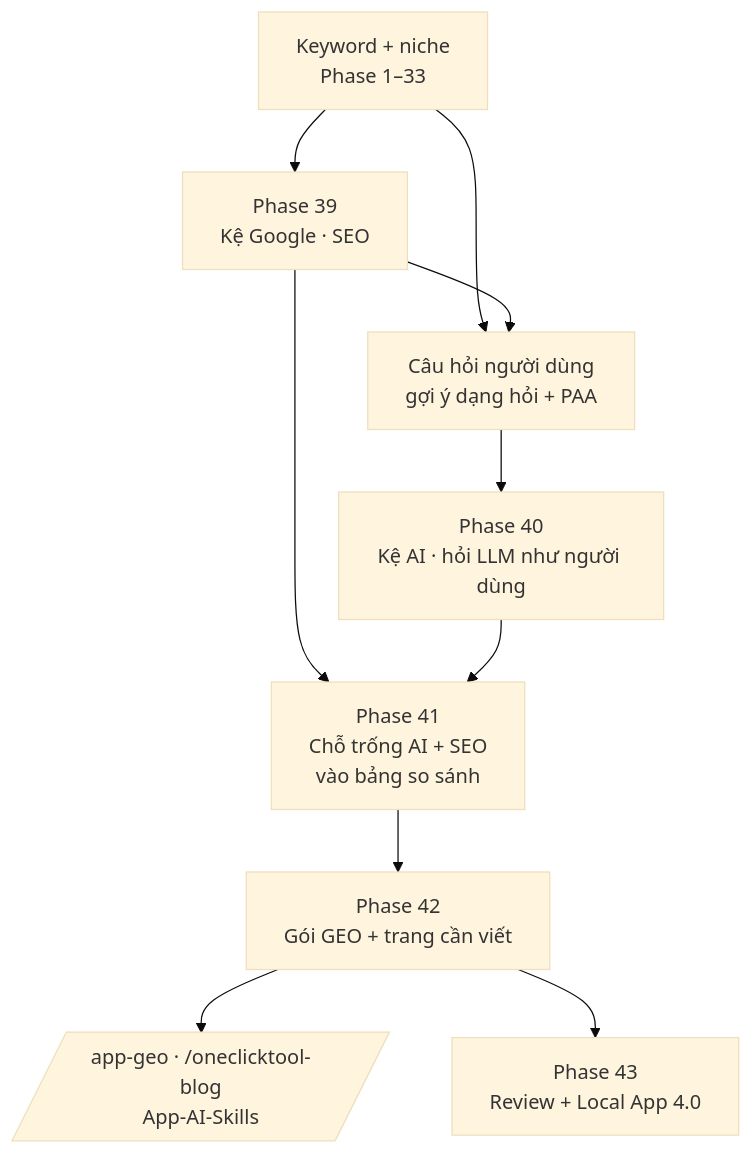
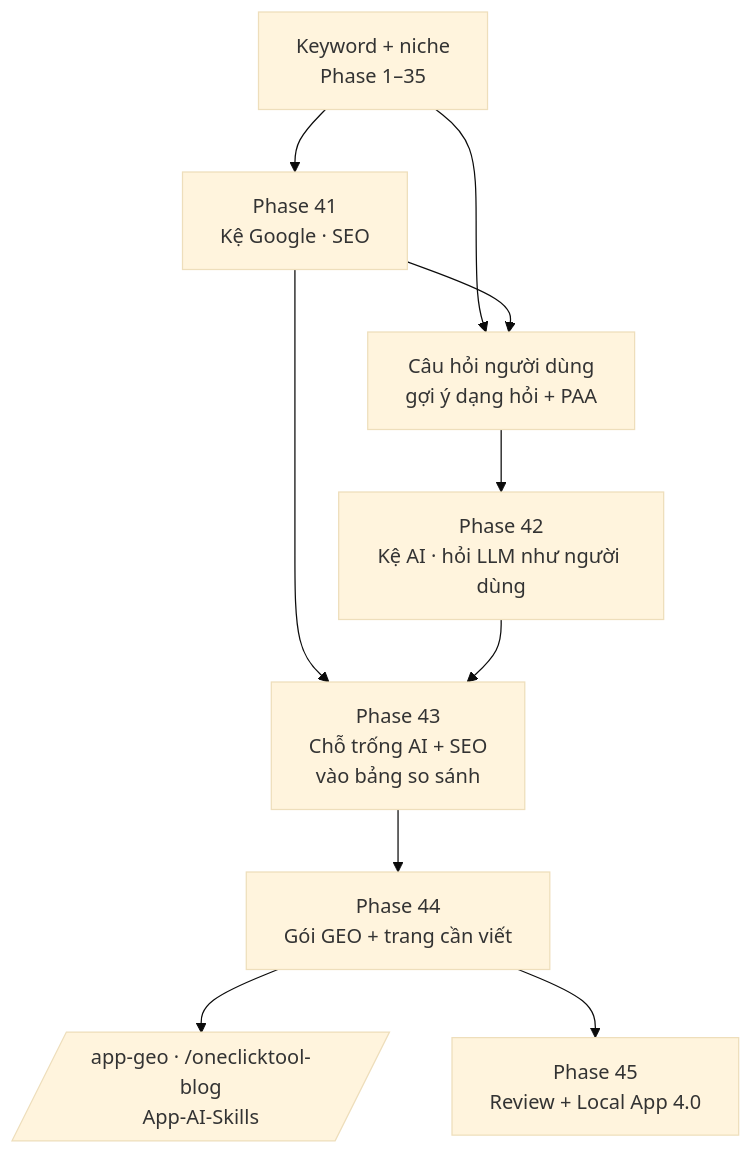
Before and after one commit to nvminhtu/niche-radar-docs: the diagram in docs/web/version-4.md, drawn with Mermaid (base theme). The commit also changed other lines of this file and 298 other files, not shown here.

````diff
--- a/docs/web/version-4.md
+++ b/docs/web/version-4.md
@@ -27,11 +27,11 @@
 ```mermaid
 flowchart TB
-  K[Keyword + niche<br/>Phase 1–33] --> S[Phase 39<br/>Kệ Google · SEO]
+  K[Keyword + niche<br/>Phase 1–35] --> S[Phase 41<br/>Kệ Google · SEO]
   K --> Q[Câu hỏi người dùng<br/>gợi ý dạng hỏi + PAA]
   S --> Q
-  Q --> A[Phase 40<br/>Kệ AI · hỏi LLM như người dùng]
-  S & A --> G[Phase 41<br/>Chỗ trống AI + SEO<br/>vào bảng so sánh]
-  G --> P[Phase 42<br/>Gói GEO + trang cần viết]
+  Q --> A[Phase 42<br/>Kệ AI · hỏi LLM như người dùng]
+  S & A --> G[Phase 43<br/>Chỗ trống AI + SEO<br/>vào bảng so sánh]
+  G --> P[Phase 44<br/>Gói GEO + trang cần viết]
   P --> X[/app-geo · /oneclicktool-blog<br/>App-AI-Skills/]
-  P --> L[Phase 43<br/>Review + Local App 4.0]
+  P --> L[Phase 45<br/>Review + Local App 4.0]
 ```
````
